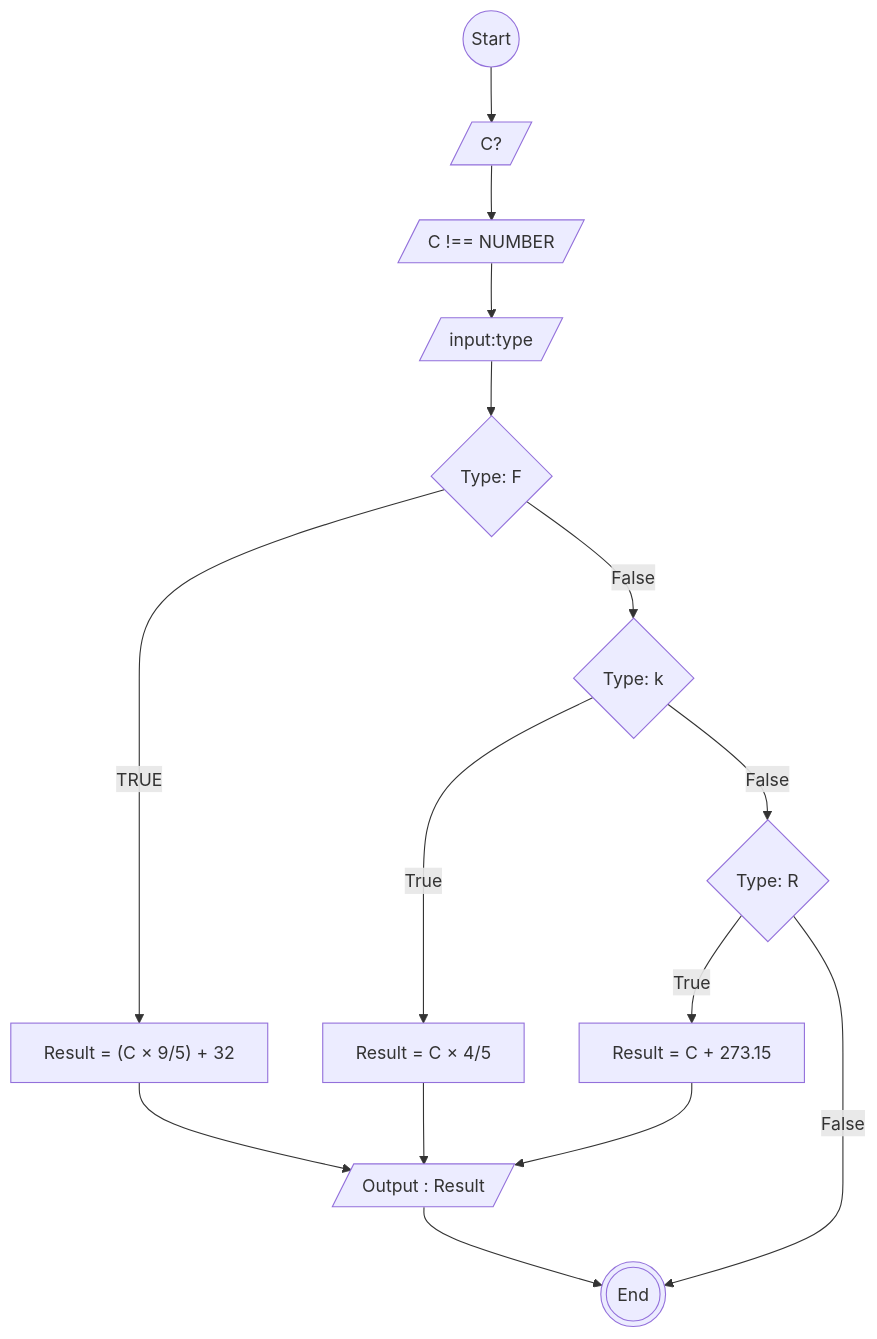
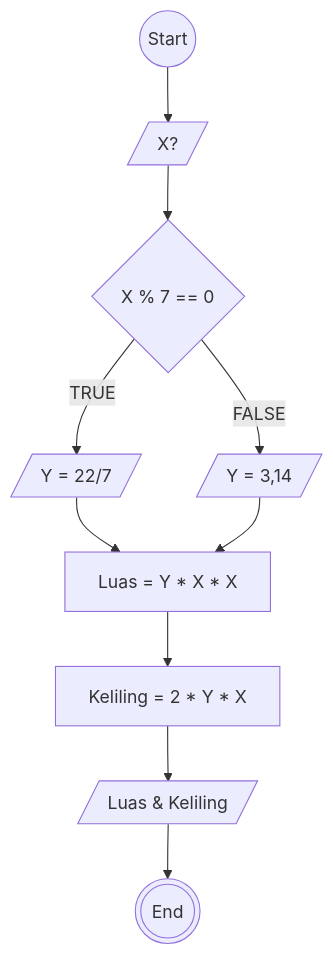
The diagram in MiniTask-Luas.md (HN721/fgo24-algoritma), drawn with Mermaid before and after one commit. The commit also changed other lines of this file, not shown here.

````diff
--- a/MiniTask-Luas.md
+++ b/MiniTask-Luas.md
@@ -40,36 +37,20 @@
 ```mermaid
 flowchart TD
   A@{ shape: circle, label: "Start" }
-  Isnumber@{ shape: lean-r , label: "C !== NUMBER" }
-  type@{ shape: lean-r , label: "input:type" }
-
-  type1@{ shape: diamond , label: "Type: F" }
-  type2@{ shape: diamond , label: "Type: k" }
-  type3@{ shape: diamond , label: "Type: R" }
-  output@{shape: lean-r, label: "Output : Result"}
-  B@{shape: lean-r, label: "C?"}
-  C@{shape , label: "Result = (C × 9/5) + 32"}
-  D@{shape , label: "Result = C × 4/5"}
-  E@{shape , label: "Result = C + 273.15"}
-  H@{shape: dbl-circ, label: "End"}
-A --> B
-B --> Isnumber
-Isnumber --> type
-type --> type1
-type1 --TRUE--> C
-type1 --False--> type2
-type2 --True--> D
-type2 --False--> type3
-type3 --True--> E
-type3 --False--> H
-C --> output
-D --> output
-E --> output
-
-output --> H
-
-
-
-
-
+  B@{shape: lean-r, label: "X?"}
+  C@{shape: diamond, label: "X % 7 == 0"}
+  D@{shape: lean-r, label: "Y = 22/7"}
+  E@{shape: lean-r, label: "Y = 3,14"}
+  F@{shape , label: "Luas = Y * X * X"}
+  G@{shape , label: "Keliling  = 2 * Y * X"}
+  H@{shape: lean-r, label: "Luas & Keliling"}
+  I@{shape: dbl-circ, label: "End"}
+ A --> B
+ B --> C
+ C --TRUE--> D
+ C --FALSE--> E
+ D & E --> F
+ F --> G
+ G --> H
+ H --> I
 ```
````
